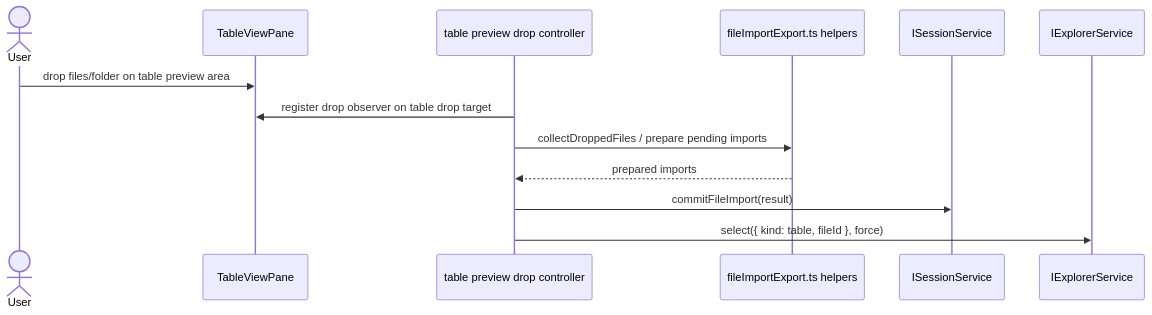
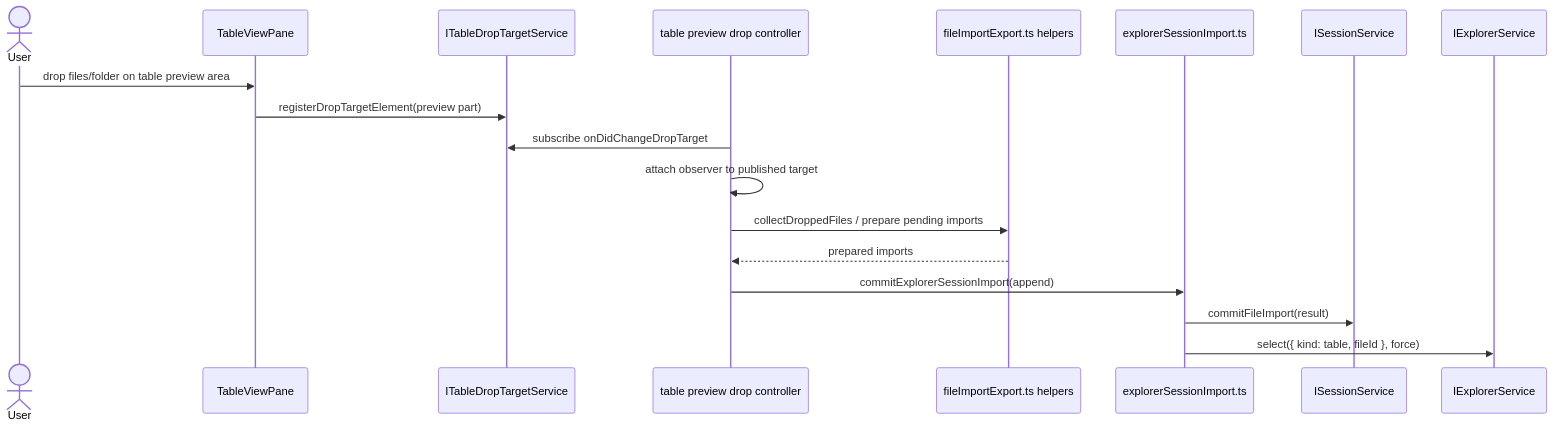
The fifth of 8 diagrams in .github/instructions/files.instructions.md (chogng/conductor), drawn with Mermaid before and after one commit. The commit also changed other lines of this file and 82 other files, not shown here.

````diff
--- a/.github/instructions/files.instructions.md
+++ b/.github/instructions/files.instructions.md
@@ -381,16 +393,21 @@
 ```mermaid
 sequenceDiagram
     actor User
     participant TableViewPane
+    participant DropTargetService as ITableDropTargetService
     participant DropController as table preview drop controller
     participant SourceHelpers as fileImportExport.ts helpers
+    participant CommitHelper as explorerSessionImport.ts
     participant Session as ISessionService
     participant ExplorerService as IExplorerService
 
     User->>TableViewPane: drop files/folder on table preview area
-    DropController->>TableViewPane: register drop observer on table drop target
+    TableViewPane->>DropTargetService: registerDropTargetElement(preview part)
+    DropController->>DropTargetService: subscribe onDidChangeDropTarget
+    DropController->>DropController: attach observer to published target
     DropController->>SourceHelpers: collectDroppedFiles / prepare pending imports
     SourceHelpers-->>DropController: prepared imports
-    DropController->>Session: commitFileImport(result)
-    DropController->>ExplorerService: select({ kind: table, fileId }, force)
+    DropController->>CommitHelper: commitExplorerSessionImport(append)
+    CommitHelper->>Session: commitFileImport(result)
+    CommitHelper->>ExplorerService: select({ kind: table, fileId }, force)
 ```
````
